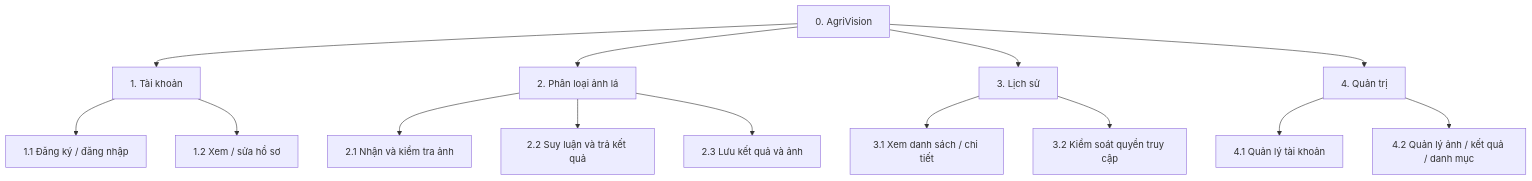
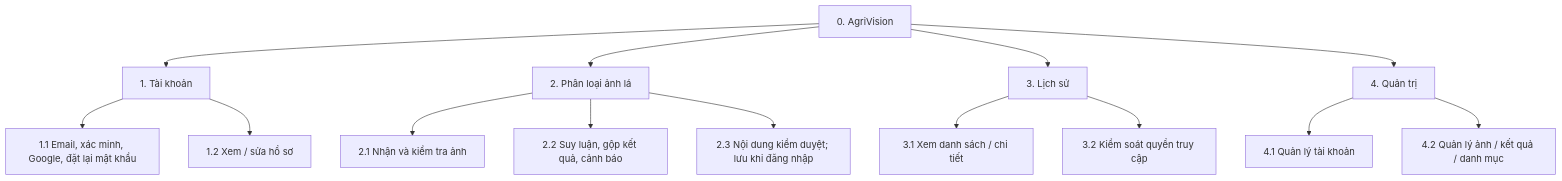
One commit to KayPham05/AgriAI changed the first of 5 diagrams in docs/system_design_diagrams.md. Above: the diagram before and after it, drawn with Mermaid. The commit also changed other lines of this file and 144 other files, not shown here.

Commit message:
docs: AGRI-76 align requirements and diagrams with current schema

````diff
--- a/docs/system_design_diagrams.md
+++ b/docs/system_design_diagrams.md
@@ -90,17 +59,17 @@
 ```mermaid
 flowchart TD
     F0["0. AgriVision"] --> F1["1. Tài khoản"]
     F0 --> F2["2. Phân loại ảnh lá"]
     F0 --> F3["3. Lịch sử"]
     F0 --> F4["4. Quản trị"]
 
-    F1 --> F11["1.1 Đăng ký / đăng nhập"]
+    F1 --> F11["1.1 Email, xác minh, Google, đặt lại mật khẩu"]
     F1 --> F12["1.2 Xem / sửa hồ sơ"]
     F2 --> F21["2.1 Nhận và kiểm tra ảnh"]
-    F2 --> F22["2.2 Suy luận và trả kết quả"]
-    F2 --> F23["2.3 Lưu kết quả và ảnh"]
+    F2 --> F22["2.2 Suy luận, gộp kết quả, cảnh báo"]
+    F2 --> F23["2.3 Nội dung kiểm duyệt; lưu khi đăng nhập"]
     F3 --> F31["3.1 Xem danh sách / chi tiết"]
     F3 --> F32["3.2 Kiểm soát quyền truy cập"]
     F4 --> F41["4.1 Quản lý tài khoản"]
     F4 --> F42["4.2 Quản lý ảnh / kết quả / danh mục"]
 ```
````
